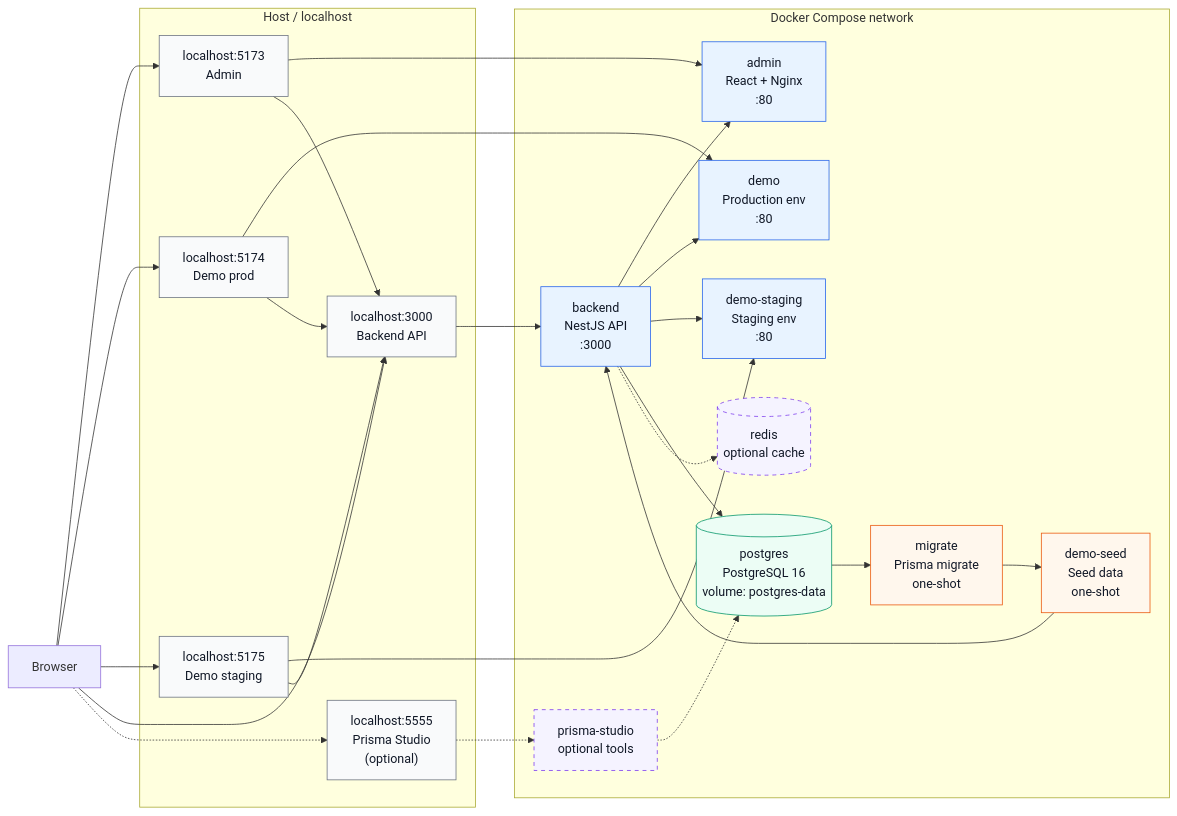
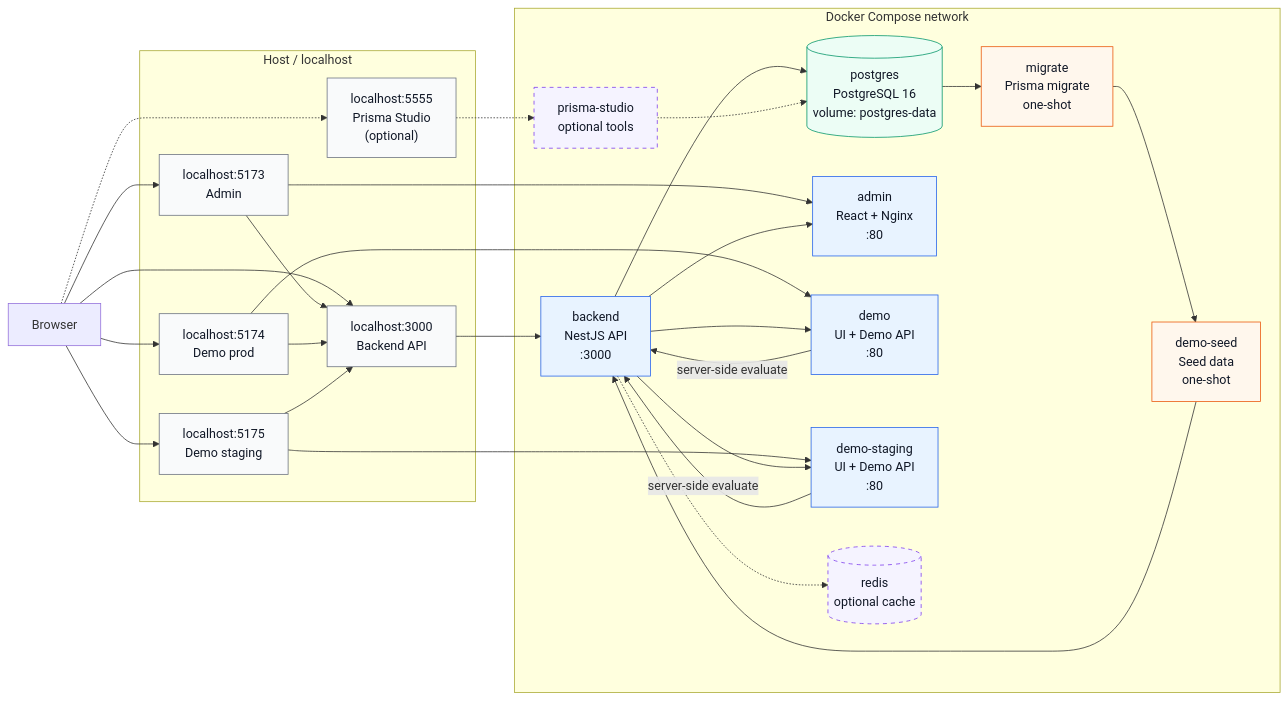
Before and after one commit to fabyanbui/VDT2026_MiniProject_report: the diagram in Images/mermaid/Triển khai bằng Docker Compose.md, drawn with Mermaid. The commit also changed 5 other files, not shown here.

Commit message:
Enhance diagrams in Control Plane and Docker Compose documentation by updating UI labels and adding Demo Backend API connections for clarity.

````diff
--- a/Images/mermaid/Triển khai bằng Docker Compose.md
+++ b/Images/mermaid/Triển khai bằng Docker Compose.md
@@ -1,65 +1,67 @@
 ```mermaid
 flowchart LR
     user["Browser"]
 
     subgraph host["Host / localhost"]
         hAdmin["localhost:5173<br/>Admin"]
         hDemo["localhost:5174<br/>Demo prod"]
         hDemoStg["localhost:5175<br/>Demo staging"]
         hApi["localhost:3000<br/>Backend API"]
         hStudio["localhost:5555<br/>Prisma Studio<br/>(optional)"]
     end
 
     subgraph compose["Docker Compose network"]
         postgres[("postgres<br/>PostgreSQL 16<br/>volume: postgres-data")]
 
         migrate["migrate<br/>Prisma migrate<br/>one-shot"]
         seed["demo-seed<br/>Seed data<br/>one-shot"]
 
         backend["backend<br/>NestJS API<br/>:3000"]
 
         admin["admin<br/>React + Nginx<br/>:80"]
-        demo["demo<br/>Production env<br/>:80"]
-        demoStg["demo-staging<br/>Staging env<br/>:80"]
+        demo["demo<br/>UI + Demo API<br/>:80"]
+        demoStg["demo-staging<br/>UI + Demo API<br/>:80"]
 
         redis[("redis<br/>optional cache")]
         studio["prisma-studio<br/>optional tools"]
     end
 
     user --> hAdmin
     user --> hDemo
     user --> hDemoStg
     user --> hApi
     user -.-> hStudio
 
     hAdmin --> admin
     hDemo --> demo
     hDemoStg --> demoStg
     hApi --> backend
     hStudio -.-> studio
 
     postgres --> migrate --> seed --> backend
     backend --> admin
     backend --> demo
     backend --> demoStg
 
     backend --> postgres
     backend -.-> redis
     studio -.-> postgres
 
     hAdmin --> hApi
     hDemo --> hApi
     hDemoStg --> hApi
+    demo -->|"server-side evaluate"| backend
+    demoStg -->|"server-side evaluate"| backend
 
     classDef service fill:#E8F3FF,stroke:#2563EB,stroke-width:1px,color:#111827;
     classDef job fill:#FFF7ED,stroke:#EA580C,stroke-width:1px,color:#111827;
     classDef data fill:#ECFDF5,stroke:#059669,stroke-width:1px,color:#111827;
     classDef optional fill:#F5F3FF,stroke:#7C3AED,stroke-width:1px,stroke-dasharray:5 5,color:#111827;
     classDef host fill:#F9FAFB,stroke:#6B7280,stroke-width:1px,color:#111827;
 
     class backend,admin,demo,demoStg service;
     class migrate,seed job;
     class postgres data;
     class redis,studio optional;
     class hAdmin,hDemo,hDemoStg,hApi,hStudio host;
 ```
````
